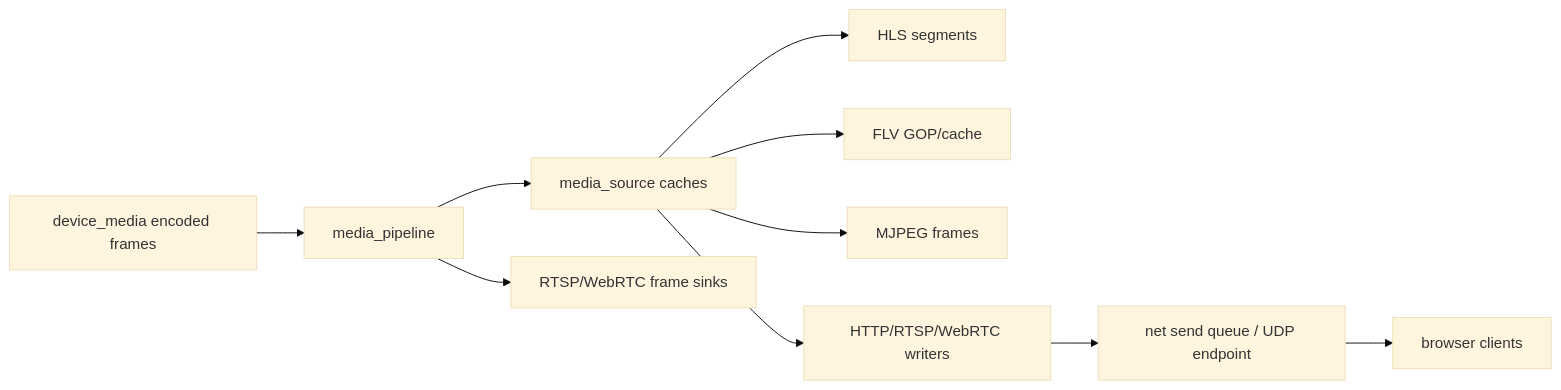
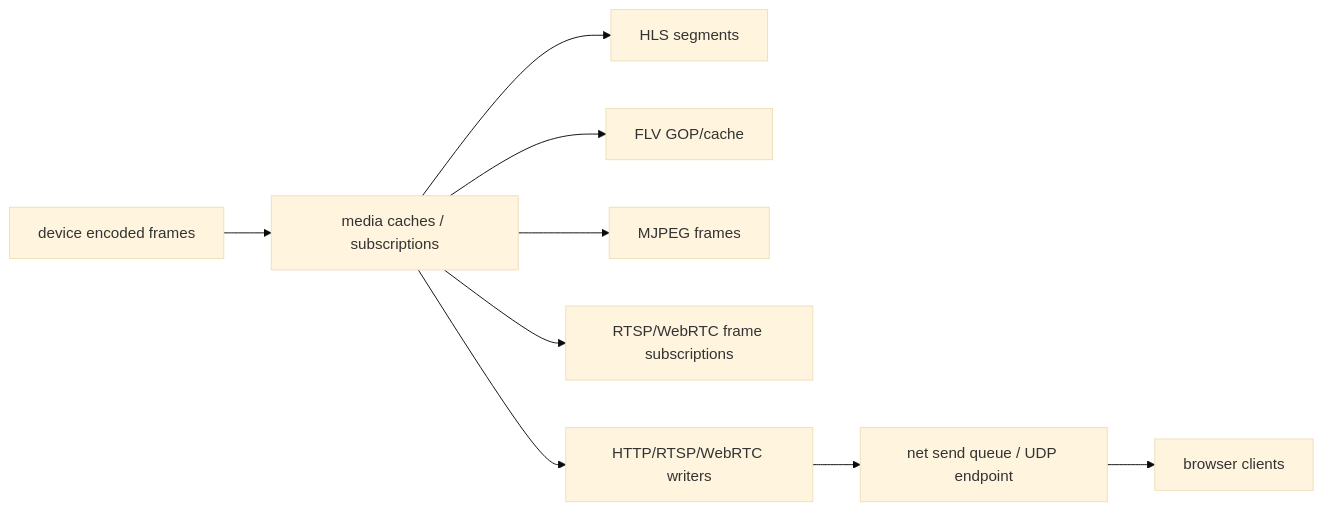
One commit to 373699756/live_stream changed the diagram in docs/optimization/memory.md. Above: the diagram before and after it, drawn with Mermaid (base theme). The commit also changed other lines of this file and 56 other files, not shown here.

Commit message:
refactor: remove obsolete media source libraries

````diff
--- a/docs/optimization/memory.md
+++ b/docs/optimization/memory.md
@@ -11,12 +10,11 @@
 ```mermaid
 flowchart LR
-  VENC[device_media encoded frames] --> SourceSvc[media_pipeline]
-  SourceSvc --> Source[media_source caches]
-  Source --> HLS[HLS segments]
-  Source --> FLV[FLV GOP/cache]
-  Source --> MJPEG[MJPEG frames]
-  SourceSvc --> RTSP[RTSP/WebRTC frame sinks]
-  Source --> Protocol[HTTP/RTSP/WebRTC writers]
+  VENC[device encoded frames] --> Media[media caches / subscriptions]
+  Media --> HLS[HLS segments]
+  Media --> FLV[FLV GOP/cache]
+  Media --> MJPEG[MJPEG frames]
+  Media --> Subscriptions[RTSP/WebRTC frame subscriptions]
+  Media --> Protocol[HTTP/RTSP/WebRTC writers]
   Protocol --> Net[net send queue / UDP endpoint]
   Net --> Clients[browser clients]
 ```
````
